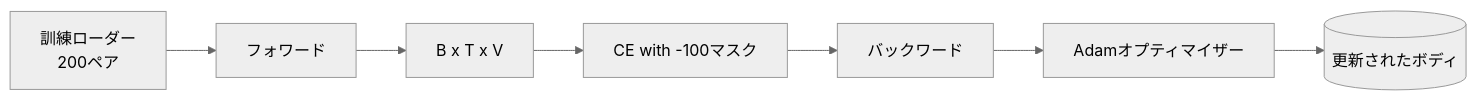
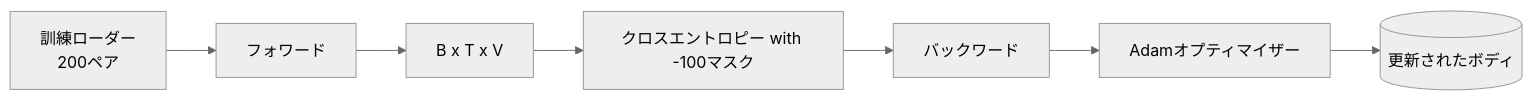
One commit to shoshoshomen/synapse-academy changed the third of 3 diagrams in content/phases/19-capstone-projects/39-instruction-tuning-sft/lesson.ja.md. Above: the diagram before and after it, drawn with Mermaid (neutral theme). The commit also changed other lines of this file and 124 other files, not shown here.

First line of the commit message:
feat(i18n): mermaid図のラベルを日本語化(194レッスン/374図)

````diff
--- a/content/phases/19-capstone-projects/39-instruction-tuning-sft/lesson.ja.md
+++ b/content/phases/19-capstone-projects/39-instruction-tuning-sft/lesson.ja.md
@@ -89,9 +89,9 @@
 ```mermaid
 flowchart LR
-  DL[訓練ローダー<br/>200ペア] --> Fwd[フォワード]
-  Fwd --> Logits[B x T x V]
-  Logits --> Loss[CE with -100マスク]
-  Loss --> Bwd[バックワード]
-  Bwd --> Opt[Adamオプティマイザー]
-  Opt --> Body[(更新されたボディ)]
+  DL["訓練ローダー\n200ペア"] --> Fwd["フォワード"]
+  Fwd --> Logits["B x T x V"]
+  Logits --> Loss["クロスエントロピー with -100マスク"]
+  Loss --> Bwd["バックワード"]
+  Bwd --> Opt["Adamオプティマイザー"]
+  Opt --> Body[("更新されたボディ")]
 ```
````
